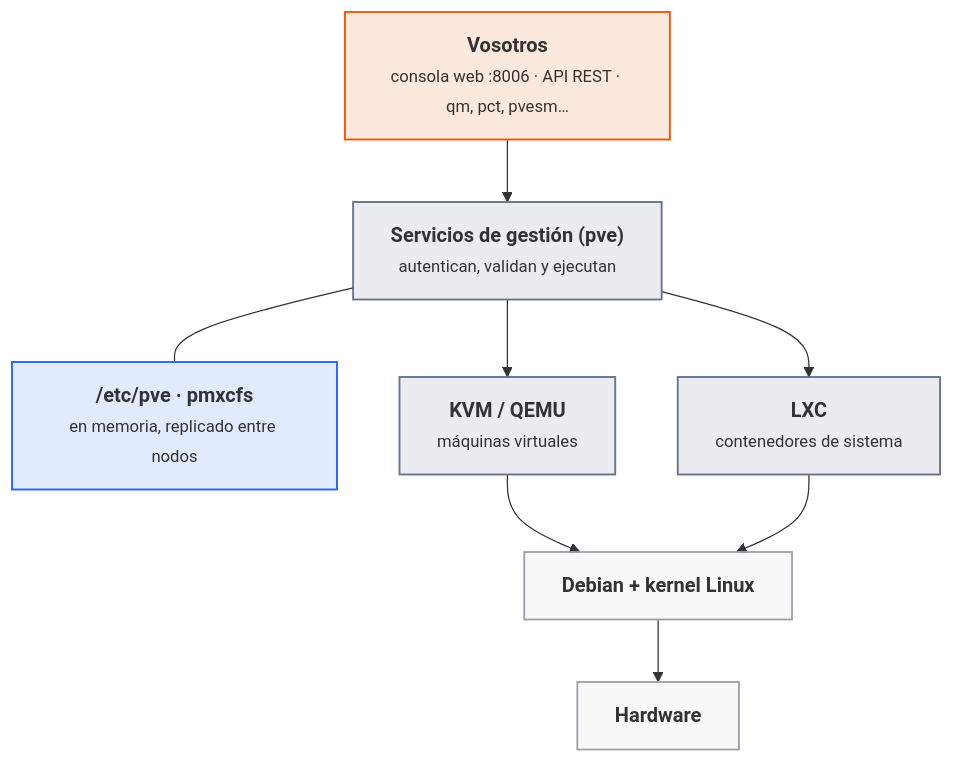
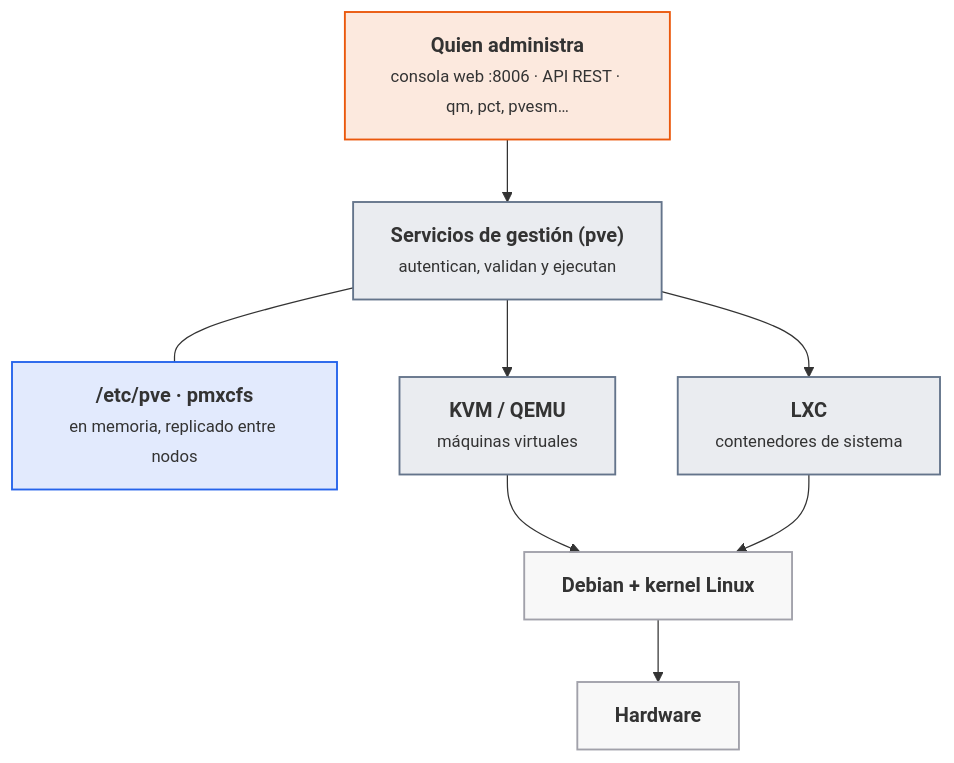
The fourth of 14 diagrams in docs/ut/ut1-virtualizacion.md (victor-educ/apuntes-5166), drawn with Mermaid before and after one commit. The commit also changed other lines of this file and 15 other files, not shown here.

````diff
--- a/docs/ut/ut1-virtualizacion.md
+++ b/docs/ut/ut1-virtualizacion.md
@@ -259,21 +259,21 @@
 ```mermaid
 flowchart TB
-    USR["<b>Vosotros</b><br><small>consola web :8006 · API REST · qm, pct, pvesm…</small>"]:::act
+    USR["<b>Quien administra</b><br><small>consola web :8006 · API REST · qm, pct, pvesm…</small>"]:::act
     PVE["<b>Servicios de gestión (pve)</b><br><small>autentican, validan y ejecutan</small>"]:::pieza
     CFG["<b>/etc/pve · pmxcfs</b><br><small>en memoria, replicado entre nodos</small>"]:::dato
     KVM["<b>KVM / QEMU</b><br><small>máquinas virtuales</small>"]:::pieza
     LXC["<b>LXC</b><br><small>contenedores de sistema</small>"]:::pieza
     DEB["<b>Debian + kernel Linux</b>"]:::infra
     HW["<b>Hardware</b>"]:::infra
     USR --> PVE
     PVE --- CFG
     PVE --> KVM
     PVE --> LXC
     KVM --> DEB
     LXC --> DEB
     DEB --> HW
     classDef act fill:#ea580c22,stroke:#ea580c,stroke-width:1.5px
     classDef pieza fill:#64748b22,stroke:#64748b,stroke-width:1.5px
     classDef dato fill:#2563eb22,stroke:#2563eb,stroke-width:1.5px
     classDef infra fill:#a1a1aa14,stroke:#a1a1aa,stroke-width:1.5px
 ```
````
